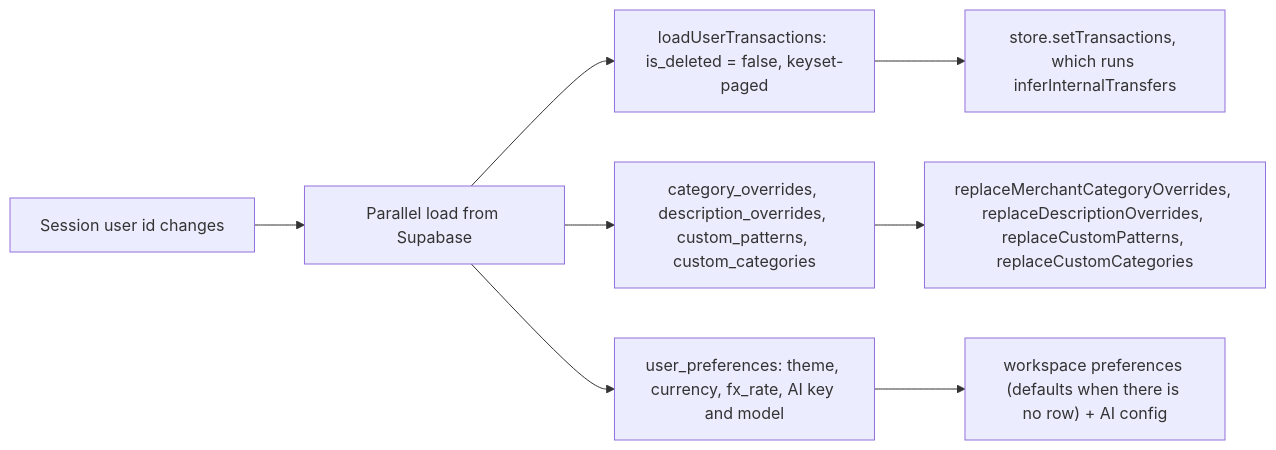
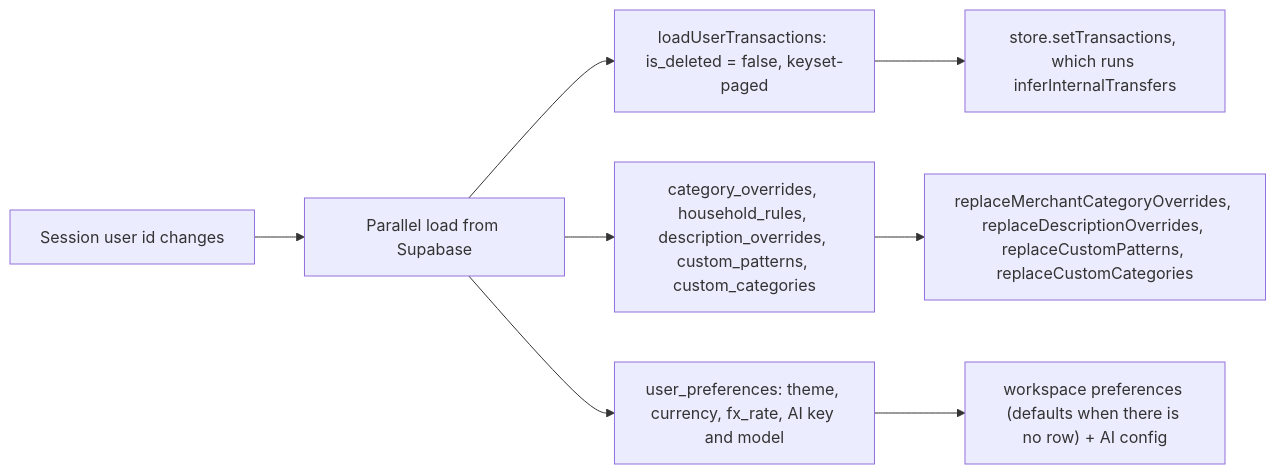
The second of 3 diagrams in docs/architecture.md (eltaiguer/tatu), drawn with Mermaid before and after one commit. The commit also changed other lines of this file and 16 other files, not shown here.

Commit message:
feat: persist household rules (#251, step 7)

````diff
--- a/docs/architecture.md
+++ b/docs/architecture.md
@@ -225,10 +225,10 @@
 ```mermaid
 flowchart LR
     S["Session user id changes"] --> P["Parallel load from Supabase"]
     P --> T["loadUserTransactions: is_deleted = false, keyset-paged"]
-    P --> O["category_overrides, description_overrides, custom_patterns, custom_categories"]
+    P --> O["category_overrides, household_rules, description_overrides, custom_patterns, custom_categories"]
     P --> U["user_preferences: theme, currency, fx_rate, AI key and model"]
     O --> R["replaceMerchantCategoryOverrides, replaceDescriptionOverrides, replaceCustomPatterns, replaceCustomCategories"]
     U --> Q["workspace preferences (defaults when there is no row) + AI config"]
     T --> X["store.setTransactions, which runs inferInternalTransfers"]
 ```
````
